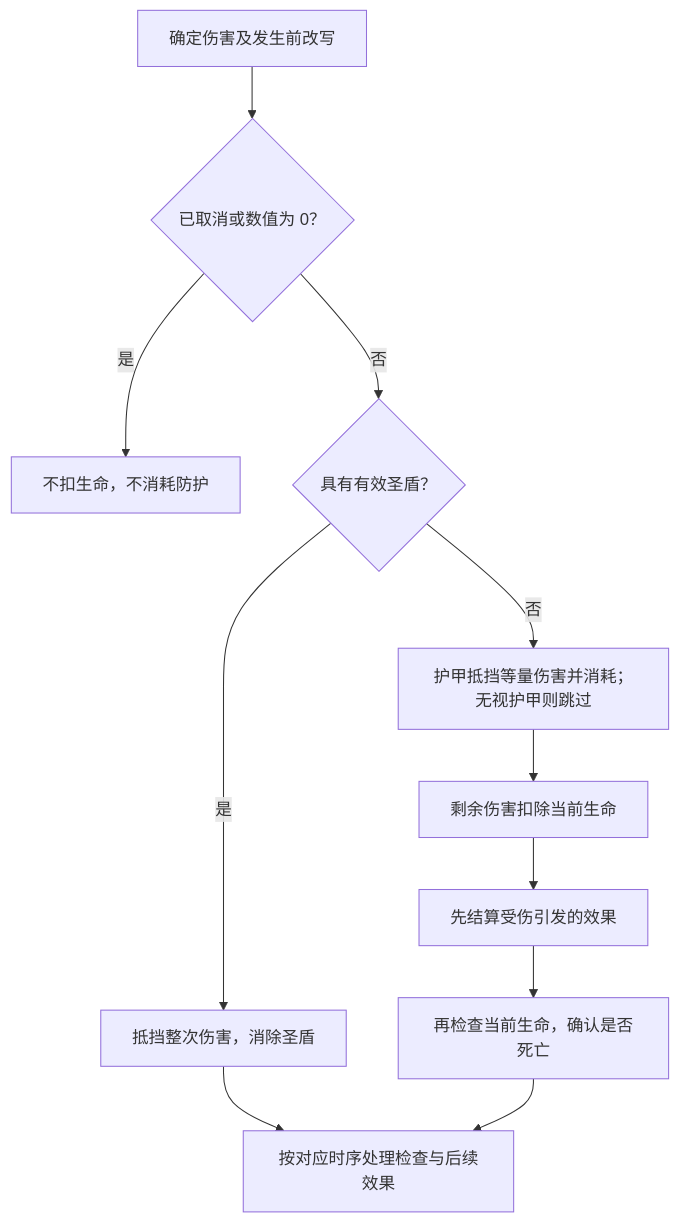
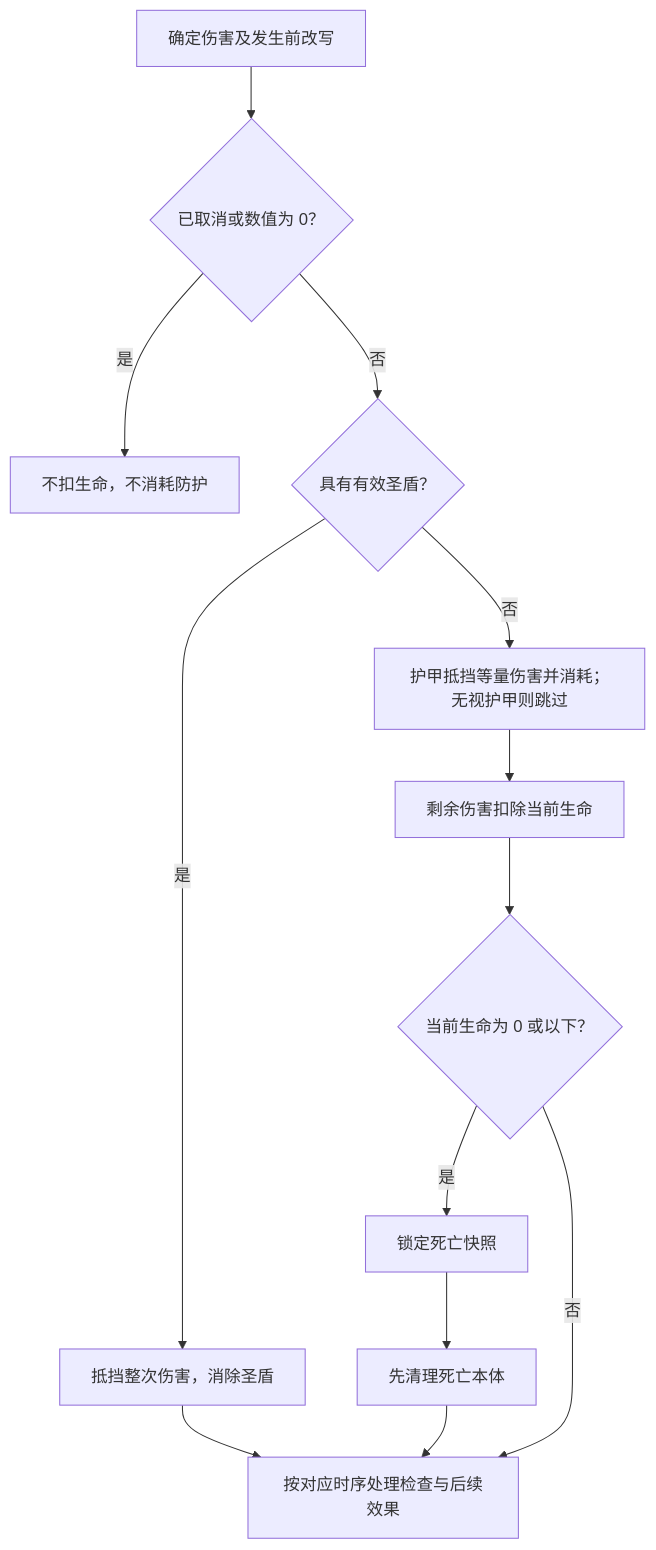
Before and after one commit to Time-Block-Hero/tbh-website: the first of 4 diagrams in docs/rules/common/lifecycle.md, drawn with Mermaid. The commit also changed other lines of this file and 5 other files, not shown here.

````diff
--- a/docs/rules/common/lifecycle.md
+++ b/docs/rules/common/lifecycle.md
@@ -25,13 +25,15 @@
 ```mermaid
 flowchart TD
   damage["确定伤害及发生前改写"] --> canceled{"已取消或数值为 0？"}
   canceled -->|是| stop["不扣生命，不消耗防护"]
   canceled -->|否| shield{"具有有效圣盾？"}
   shield -->|是| block["抵挡整次伤害，消除圣盾"]
   shield -->|否| armor["护甲抵挡等量伤害并消耗；无视护甲则跳过"]
   armor --> hp["剩余伤害扣除当前生命"]
   block --> next["按对应时序处理检查与后续效果"]
-  hp --> injured["先结算受伤引发的效果"]
-  injured --> death["再检查当前生命，确认是否死亡"]
-  death --> next
+  hp --> lethal{"当前生命为 0 或以下？"}
+  lethal -->|是| snapshot["锁定死亡快照"]
+  snapshot --> clear["先清理死亡本体"]
+  clear --> next
+  lethal -->|否| next
 ```
````
